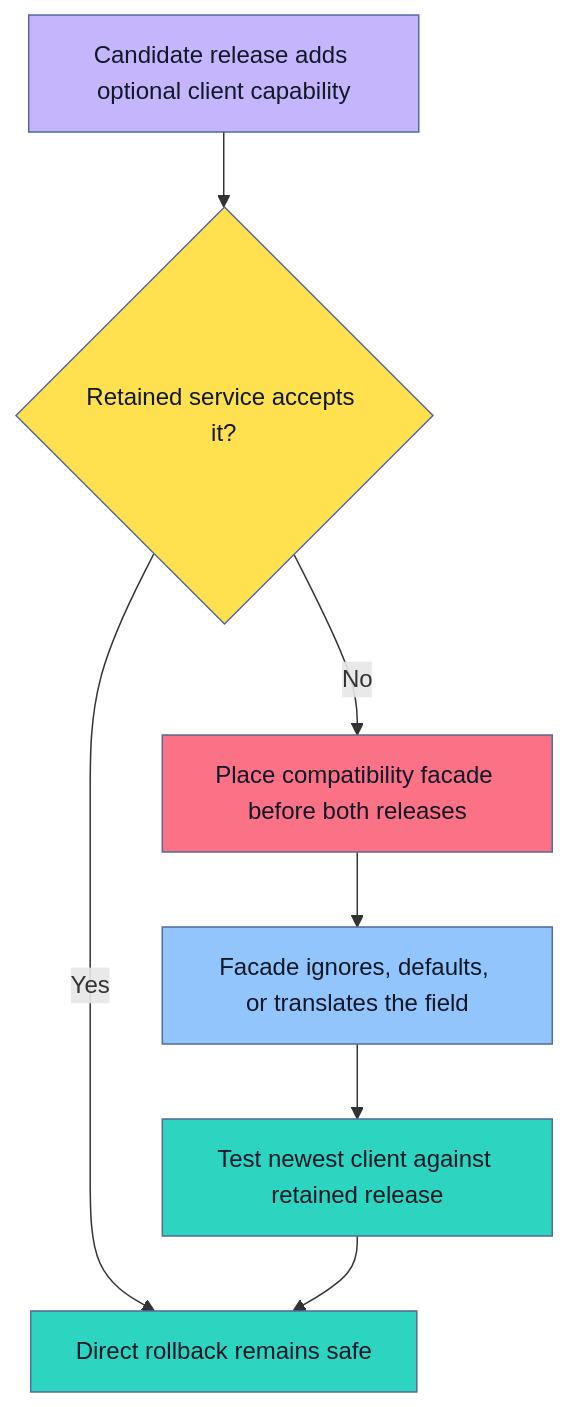
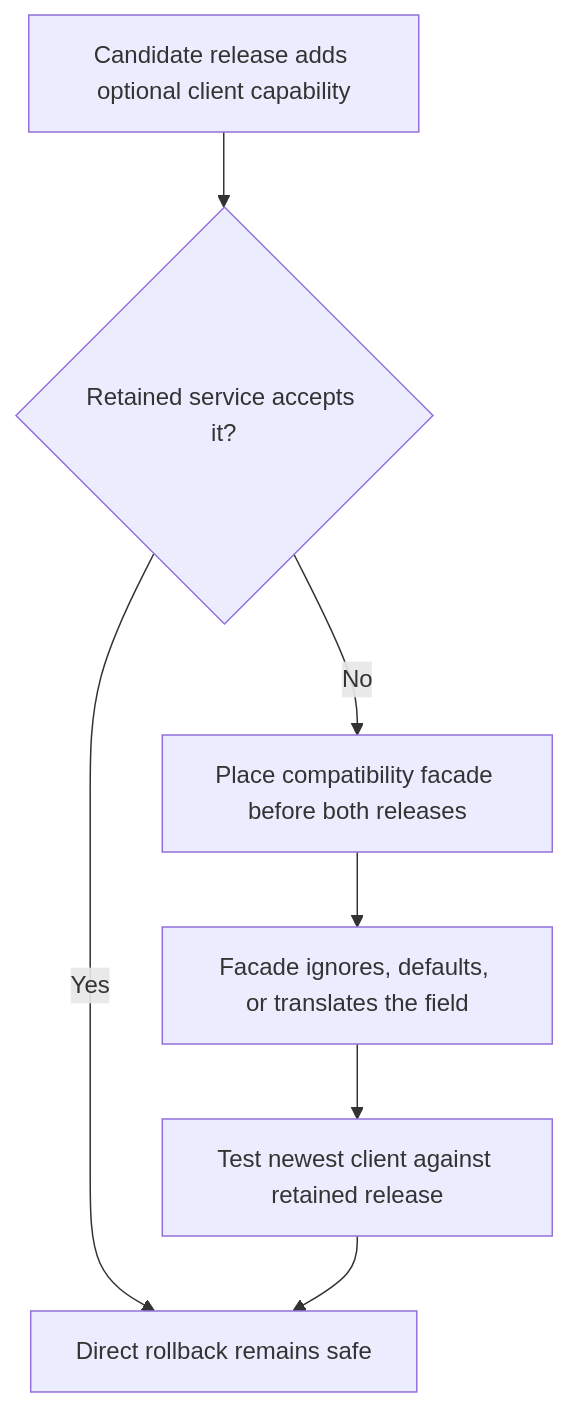
The eighth of 8 diagrams in roadmaps/mlops/modules/deployment-and-release-management/release-strategies/01-backward-compatible-model-apis.md (senlinyy/dev-roadmaps), drawn with Mermaid before and after one commit. The commit also changed other lines of this file and 152 other files, not shown here.

Commit message:
feat: mlops and diagrams updated

````diff
--- a/roadmaps/mlops/modules/deployment-and-release-management/release-strategies/01-backward-compatible-model-apis.md
+++ b/roadmaps/mlops/modules/deployment-and-release-management/release-strategies/01-backward-compatible-model-apis.md
@@ -467,16 +467,16 @@
 ```mermaid
 flowchart TD
     A["Candidate release adds optional client capability"] --> B{"Retained service accepts it?"}
     B -->|"Yes"| C["Direct rollback remains safe"]
     B -->|"No"| D["Place compatibility facade before both releases"]
     D --> E["Facade ignores, defaults, or translates the field"]
     E --> F["Test newest client against retained release"]
     F --> C
 
-    style A fill:#C4B5FD,stroke:#536A9A,color:#111827
-    style B fill:#FFE04F,stroke:#536A9A,color:#111827
-    style C fill:#2DD4BF,stroke:#536A9A,color:#111827
-    style D fill:#FB7185,stroke:#536A9A,color:#111827
-    style E fill:#93C5FD,stroke:#536A9A,color:#111827
-    style F fill:#2DD4BF,stroke:#536A9A,color:#111827
+    class A dp-mermaid-primary
+    class B dp-mermaid-secondary
+    class C dp-mermaid-tertiary
+    class D dp-mermaid-quaternary
+    class E dp-mermaid-primary
+    class F dp-mermaid-tertiary
 ```
````
